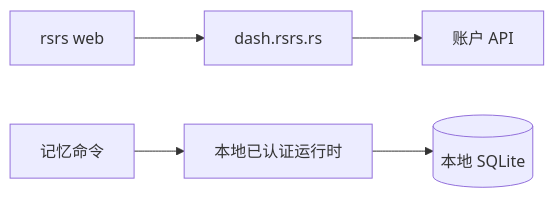
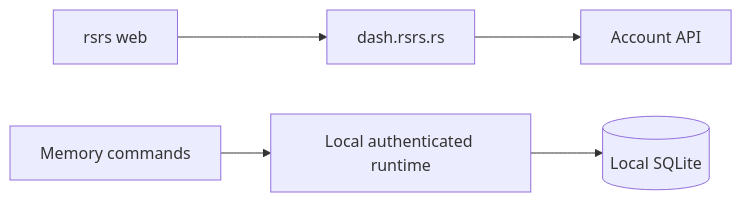
One commit to risense-ai/respire-docs changed the diagram in docs/zh/product/web.md. Above: the diagram before and after it, drawn with Mermaid. The commit also changed other lines of this file and 117 other files, not shown here.

````diff
--- a/docs/zh/product/web.md
+++ b/docs/zh/product/web.md
@@ -5,7 +5,7 @@
 ```mermaid
 flowchart LR
   CLI["rsrs web"] --> Browser["dash.rsrs.rs"]
-  Browser --> API["账户 API"]
-  Commands["记忆命令"] --> Runtime["本地已认证运行时"]
-  Runtime --> Store[("本地 SQLite")]
+  Browser --> API["Account API"]
+  Commands["Memory commands"] --> Runtime["Local authenticated runtime"]
+  Runtime --> Store[("Local SQLite")]
 ```
````
